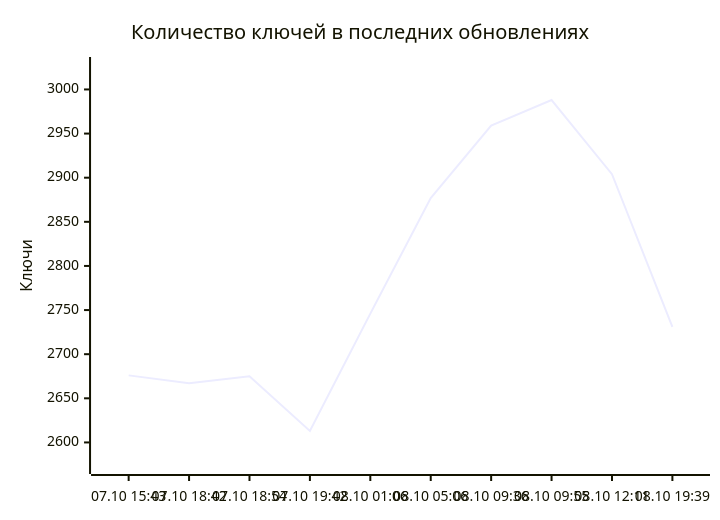
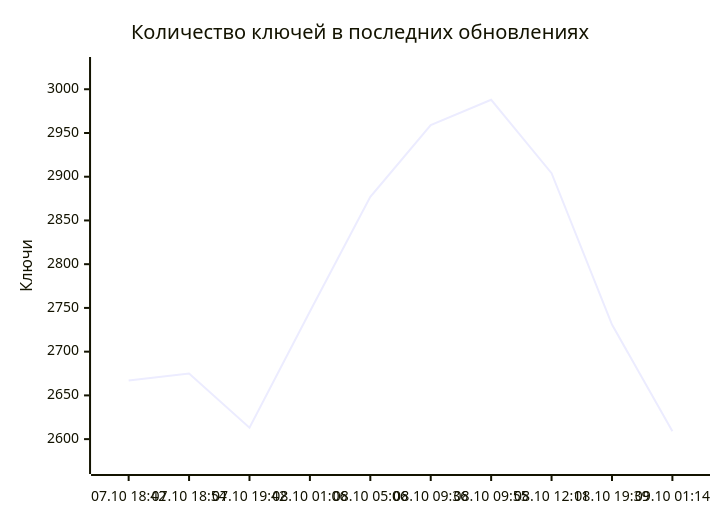
Before and after one commit to markKikhtenko/WireVeil: the diagram in README.md, drawn with Mermaid. The commit also changed other lines of this file and 13 other files, not shown here.

````diff
--- a/README.md
+++ b/README.md
@@ -55,7 +55,7 @@
 ```mermaid
 xychart-beta
     title "Количество ключей в последних обновлениях"
-    x-axis ["07.10 15:43", "07.10 18:42", "07.10 18:54", "07.10 19:42", "08.10 01:06", "08.10 05:06", "08.10 09:36", "08.10 09:55", "08.10 12:11", "08.10 19:39"]
-    y-axis "Ключи" 2575 --> 3026
-    line [2676, 2667, 2675, 2613, 2746, 2877, 2959, 2988, 2904, 2731]
+    x-axis ["07.10 18:42", "07.10 18:54", "07.10 19:42", "08.10 01:06", "08.10 05:06", "08.10 09:36", "08.10 09:55", "08.10 12:11", "08.10 19:39", "09.10 01:14"]
+    y-axis "Ключи" 2571 --> 3026
+    line [2667, 2675, 2613, 2746, 2877, 2959, 2988, 2904, 2731, 2609]
 ```
````
